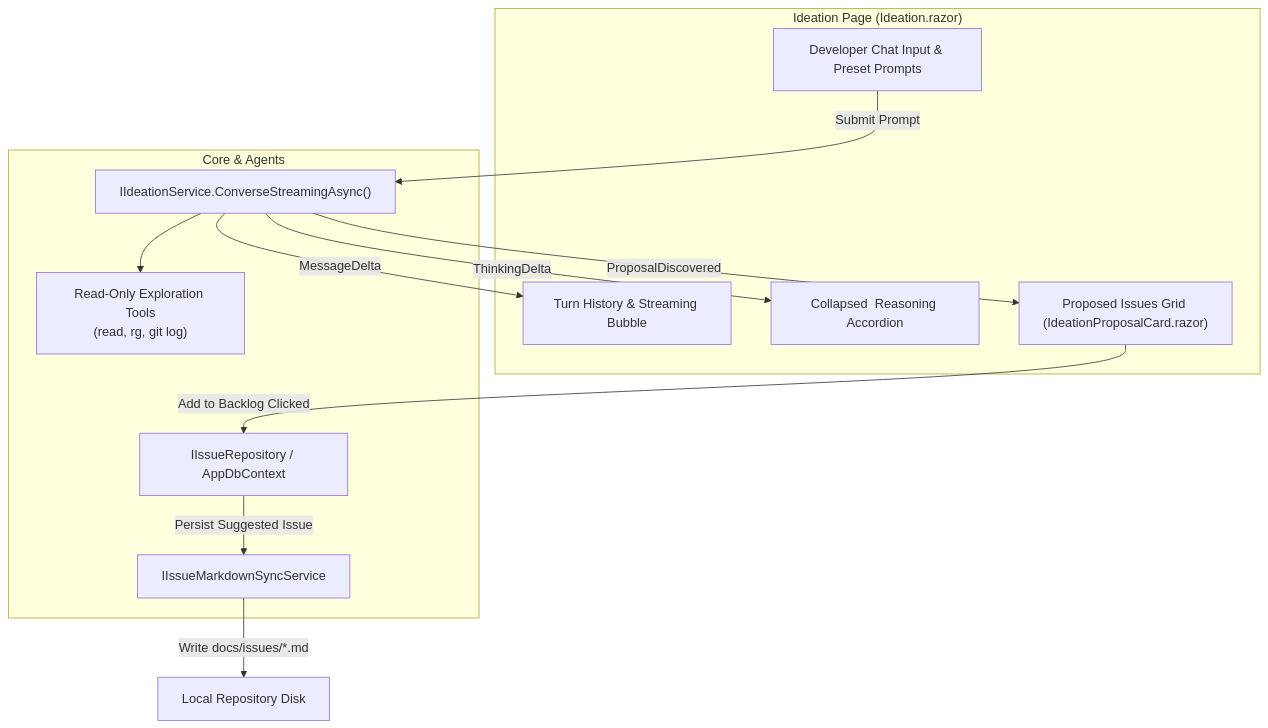
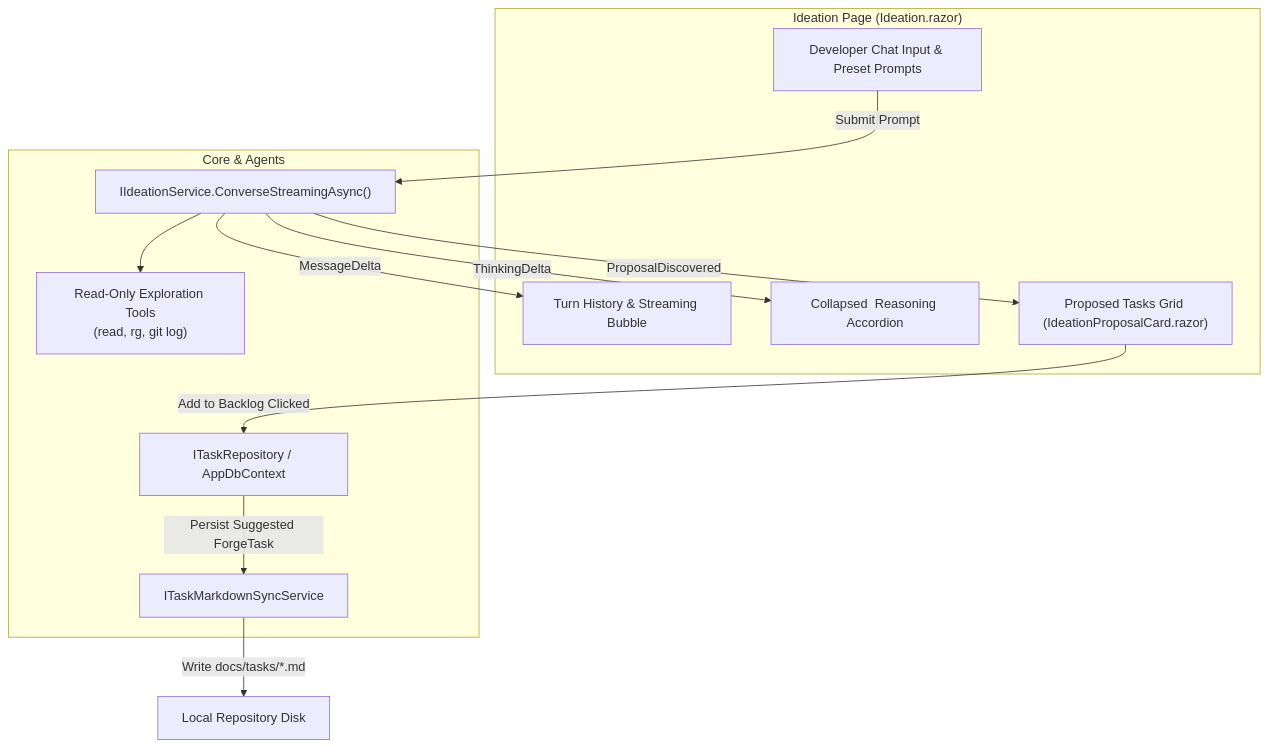
The diagram in docs/plan/phase-5/STEP_5_3_IDEATION_AND_DISCOVERY_CHAT.md (jetelain/NightCodeForge), drawn with Mermaid before and after one commit. The commit also changed other lines of this file and 151 other files, not shown here.

Commit message:
Issue -> Task

````diff
--- a/docs/plan/phase-5/STEP_5_3_IDEATION_AND_DISCOVERY_CHAT.md
+++ b/docs/plan/phase-5/STEP_5_3_IDEATION_AND_DISCOVERY_CHAT.md
@@ -23,25 +23,25 @@
 ```mermaid
 flowchart TD
     subgraph UI ["Ideation Page (Ideation.razor)"]
         ChatInput["Developer Chat Input & Preset Prompts"]
         ChatStream["Turn History & Streaming Bubble"]
         ThinkingAccordion["Collapsed <think> Reasoning Accordion"]
-        ProposalList["Proposed Issues Grid (IdeationProposalCard.razor)"]
+        ProposalList["Proposed Tasks Grid (IdeationProposalCard.razor)"]
     end
 
     subgraph ServiceLayer ["Core & Agents"]
         IdeationSvc["IIdeationService.ConverseStreamingAsync()"]
         ReadTools["Read-Only Exploration Tools\n(read, rg, git log)"]
-        MarkdownSync["IIssueMarkdownSyncService"]
-        IssueRepo["IIssueRepository / AppDbContext"]
+        MarkdownSync["ITaskMarkdownSyncService"]
+        TaskRepo["ITaskRepository / AppDbContext"]
     end
 
     ChatInput -->|Submit Prompt| IdeationSvc
     IdeationSvc --> ReadTools
     IdeationSvc -->|ThinkingDelta| ThinkingAccordion
     IdeationSvc -->|MessageDelta| ChatStream
     IdeationSvc -->|ProposalDiscovered| ProposalList
-    ProposalList -->|Add to Backlog Clicked| IssueRepo
-    IssueRepo -->|Persist Suggested Issue| MarkdownSync
-    MarkdownSync -->|Write docs/issues/*.md| Disk["Local Repository Disk"]
+    ProposalList -->|Add to Backlog Clicked| TaskRepo
+    TaskRepo -->|Persist Suggested ForgeTask| MarkdownSync
+    MarkdownSync -->|Write docs/tasks/*.md| Disk["Local Repository Disk"]
 ```
````
